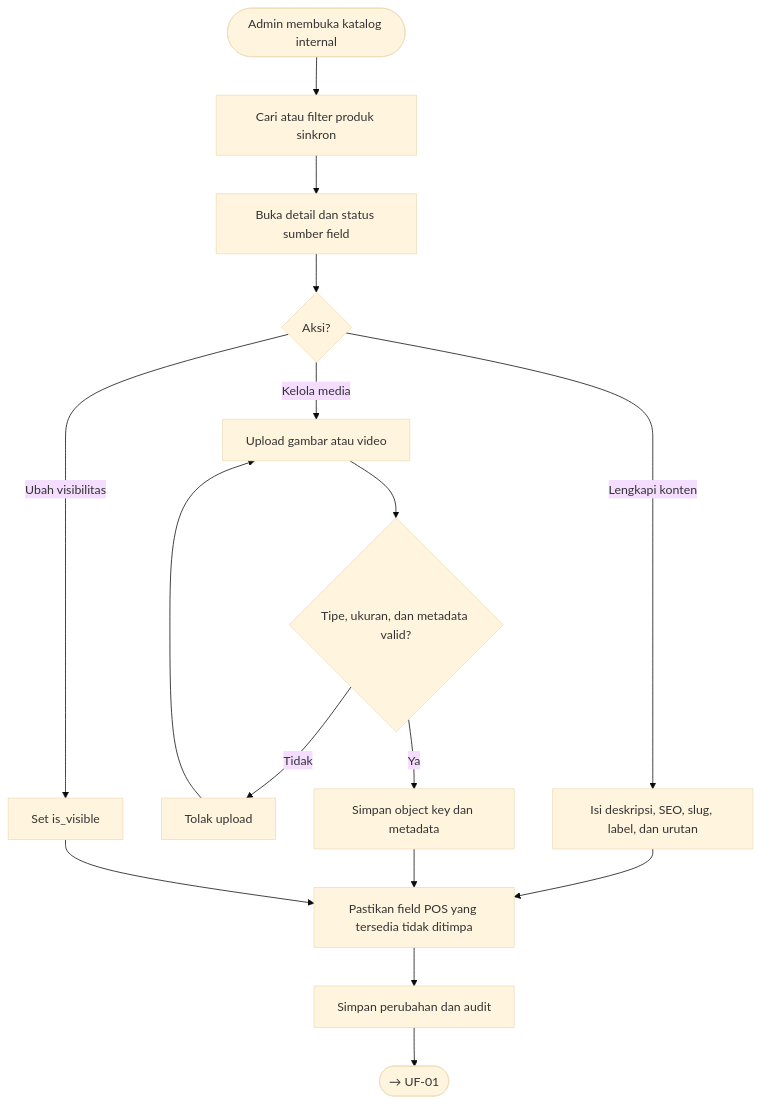
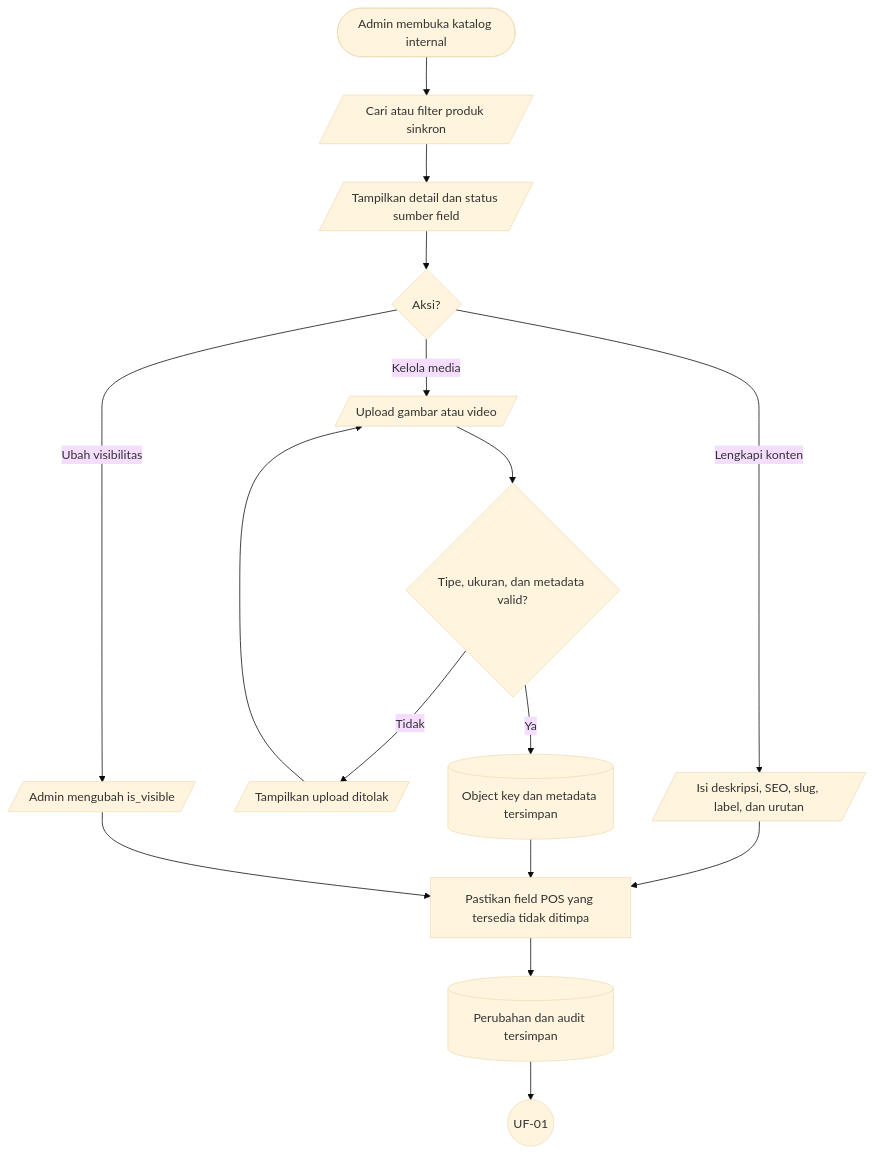
Before and after one commit to Webekspres/pixel-komunika: diagram 16 of 18 in docs/design/USER_FLOWS.md, drawn with Mermaid (base theme). The commit also changed other lines of this file, not shown here.

Commit message:
docs: standardize user flow notation

````diff
--- a/docs/design/USER_FLOWS.md
+++ b/docs/design/USER_FLOWS.md
@@ -491,20 +530,20 @@
 ```mermaid
 flowchart TD
-    A([Admin membuka katalog internal]) --> B["Cari atau filter produk sinkron"]
-    B --> C["Buka detail dan status sumber field"]
+    A(["Admin membuka katalog internal"]) --> B[/"Cari atau filter produk sinkron"/]
+    B --> C[/"Tampilkan detail dan status sumber field"/]
     C --> D{"Aksi?"}
-    D -->|Lengkapi konten| E["Isi deskripsi, SEO, slug, label, dan urutan"]
-    D -->|Kelola media| F["Upload gambar atau video"]
+    D -->|Lengkapi konten| E[/"Isi deskripsi, SEO, slug, label, dan urutan"/]
+    D -->|Kelola media| F[/"Upload gambar atau video"/]
     F --> G{"Tipe, ukuran, dan metadata valid?"}
-    G -->|Tidak| H["Tolak upload"]
+    G -->|Tidak| H[/"Tampilkan upload ditolak"/]
     H --> F
-    G -->|Ya| I["Simpan object key dan metadata"]
-    D -->|Ubah visibilitas| J["Set is_visible"]
+    G -->|Ya| I[("Object key dan metadata tersimpan")]
+    D -->|Ubah visibilitas| J[/"Admin mengubah is_visible"/]
     E --> K["Pastikan field POS yang tersedia tidak ditimpa"]
     I --> K
     J --> K
-    K --> L["Simpan perubahan dan audit"]
-    L --> C_UF01(["→ UF-01"])
+    K --> L[("Perubahan dan audit tersimpan")]
+    L --> C_UF01((UF-01))
 
     click C_UF01 "#uf-01-akses-katalog-publik"
 ```
````
